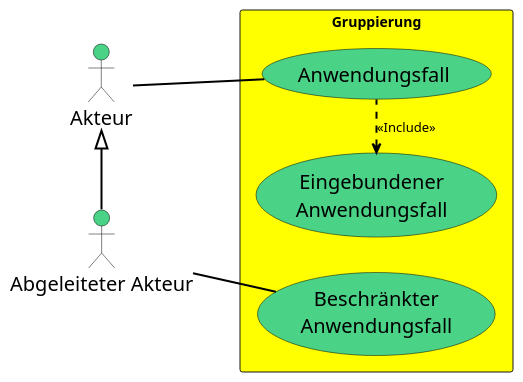
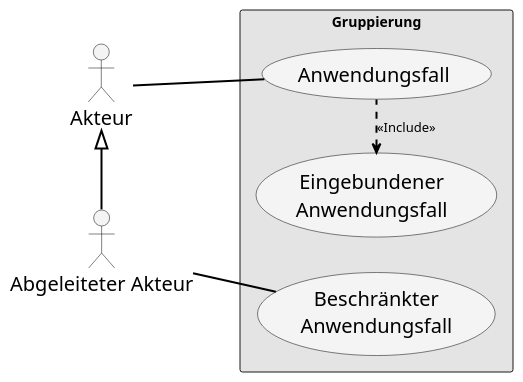
One commit to uhafner/codingstyle changed the diagram in doc/uml/usecase-diagram.puml. Above: the diagram before and after it, drawn with PlantUML. The commit also changed 6 other files, not shown here.

Commit message:
Remove colors from UML diagrams.

```diff
--- a/doc/uml/usecase-diagram.puml
+++ b/doc/uml/usecase-diagram.puml
@@ -1,38 +1,37 @@
 @startuml
 
 skinparam actor {
-  BackgroundColor #4AD386
+  BackgroundColor #f4f4f4
   BorderColor #a0a0a0
-  BackgroundColor<<Main>> gold
   BorderColor black
   ArrowColor black
-  FontName  Arial Unicode MS
+  FontName Arial Unicode MS
   FontSize 20
 }
+
 skinparam usecase {
-  BackgroundColor #4AD386
+  BackgroundColor #f4f4f4
   BorderColor #a0a0a0
-  BackgroundColor<<Main>> gold
   BorderColor black
   ArrowColor black
-  FontName  Arial Unicode MS
+  FontName Arial Unicode MS
   FontSize 20
 }
 
 skinparam ArrowColor black
 skinparam ArrowThickness 2
 
 left to right direction
 
 :Akteur:
 :Abgeleiteter Akteur:
 
 :Akteur: <|- :Abgeleiteter Akteur: :\t\t\t
 
-rectangle Gruppierung #FFFF00 {
+rectangle Gruppierung #e4e4e4 {
     (Anwendungsfall) -up- Akteur
     (Eingebundener\nAnwendungsfall) <. (Anwendungsfall) : \t\t         <<Include>>
     :Abgeleiteter Akteur: -- (Beschränkter\nAnwendungsfall)
 }
 
 @enduml
```
